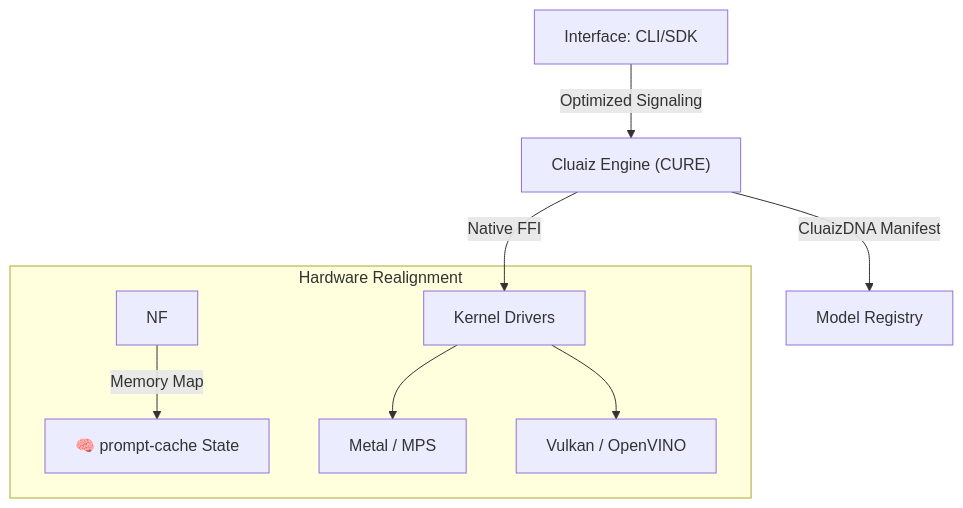
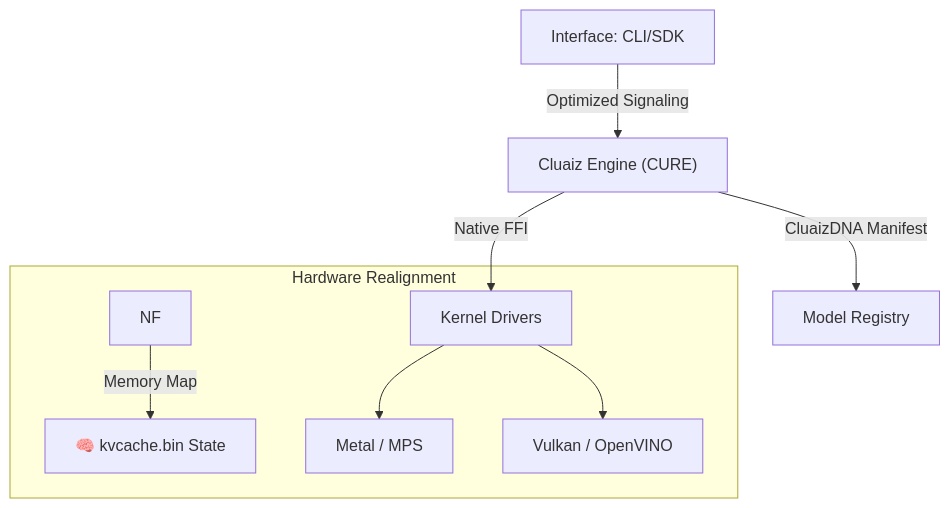
One commit to ayan-kushwaha/Cluaiz- changed the diagram in README.md. Above: the diagram before and after it, drawn with Mermaid. The commit also changed other lines of this file and 37 other files, not shown here.

````diff
--- a/README.md
+++ b/README.md
@@ -91,12 +91,12 @@
 ```mermaid
 graph TD
     A[Interface: CLI/SDK] -- "Optimized Signaling" --> B["Cluaiz Engine (CURE)"]
     B -- "CluaizDNA Manifest" --> C[Model Registry]
     B -- "Native FFI" --> D[Kernel Drivers]
     
     subgraph "Hardware Realignment"
-        NF -->|Memory Map| S["🧠 prompt-cache State"]
+        NF -->|Memory Map| S["🧠 kvcache.bin State"]
         D --> D2[Metal / MPS]
         D --> D3[Vulkan / OpenVINO]
     end
 ```
````
